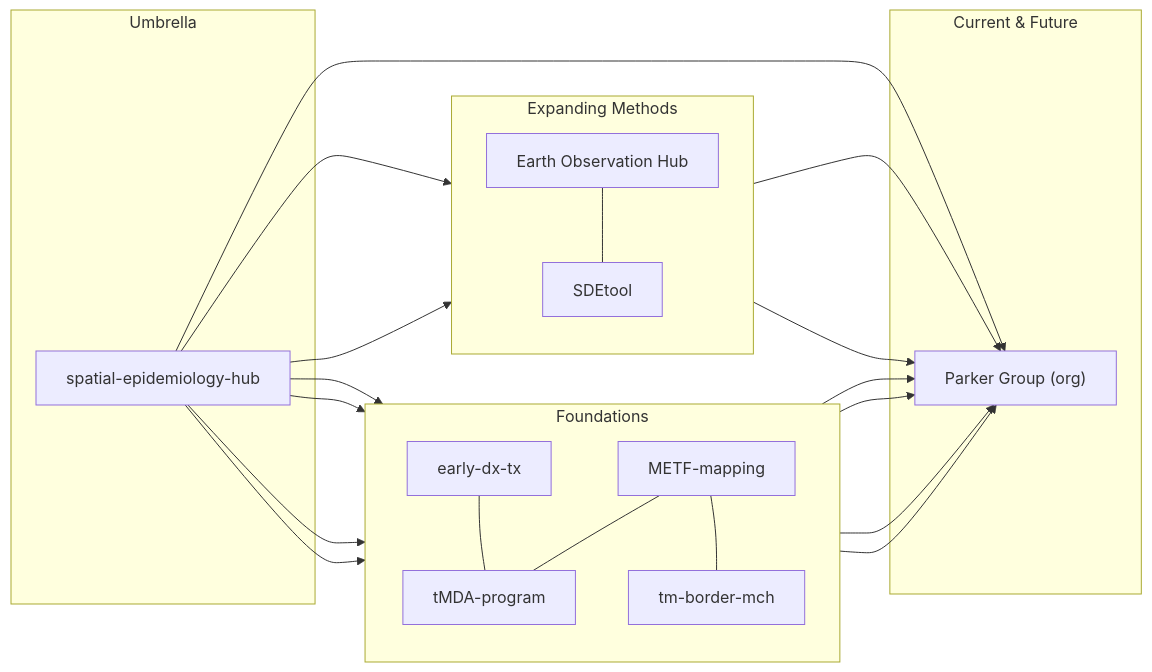
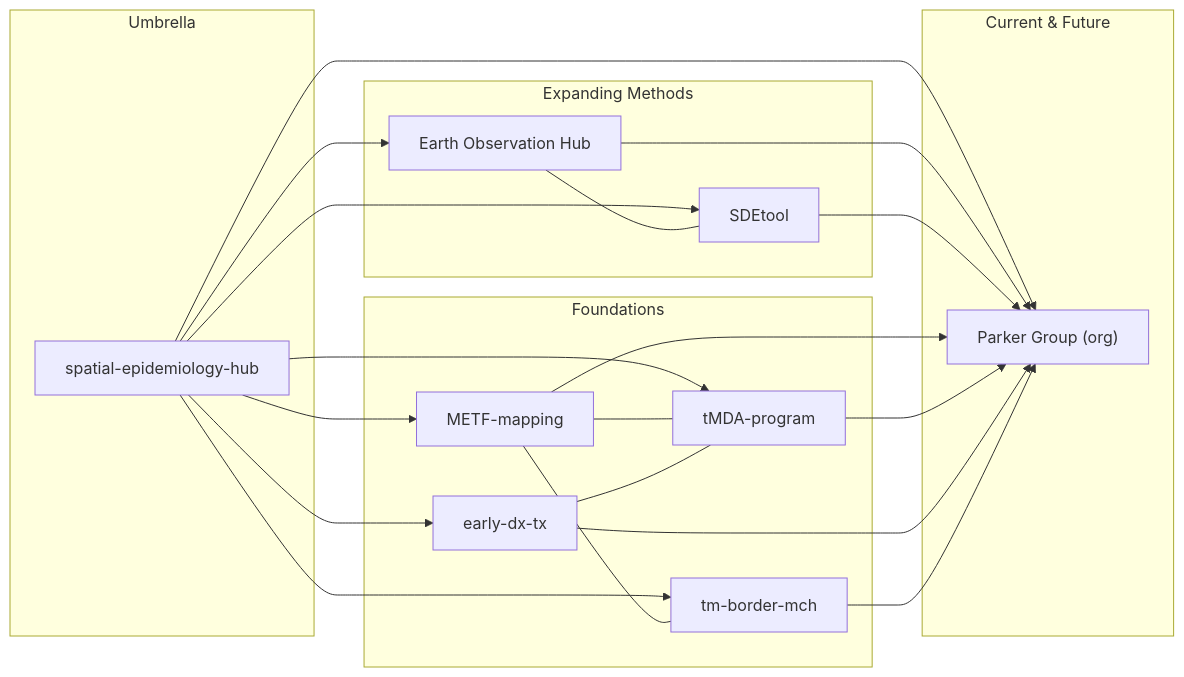
Before and after one commit to DMParker1/spatial-epidemiology-hub: the diagram in README.md, drawn with Mermaid. The commit also changed other lines of this file, not shown here.

````diff
--- a/README.md
+++ b/README.md
@@ -38,48 +40,42 @@
 ```mermaid
 flowchart LR
-  %% Phases as subgraphs
   subgraph A[Foundations]
-    direction TB
     METF["METF-mapping"]
     EDT["early-dx-tx"]
     MCH["tm-border-mch"]
     tMDA["tMDA-program"]
   end
 
   subgraph B[Expanding Methods]
-    direction TB
     EO["Earth Observation Hub"]
     SDE["SDEtool"]
   end
 
   subgraph C[Umbrella]
     GIS["spatial-epidemiology-hub"]
   end
 
   subgraph D[Current & Future]
     PG["Parker Group (org)"]
   end
 
-  %% Umbrella links
   GIS --> METF
   GIS --> tMDA
   GIS --> EDT
   GIS --> MCH
   GIS --> EO
   GIS --> SDE
   GIS --> PG
 
-  %% Project interlinks
   METF --- tMDA
   EDT --- tMDA
   METF --- MCH
   EO --- SDE
 
-  %% Converge into Parker Group
   EO --> PG
   SDE --> PG
   METF --> PG
   tMDA --> PG
   EDT --> PG
   MCH --> PG
 ```
````
